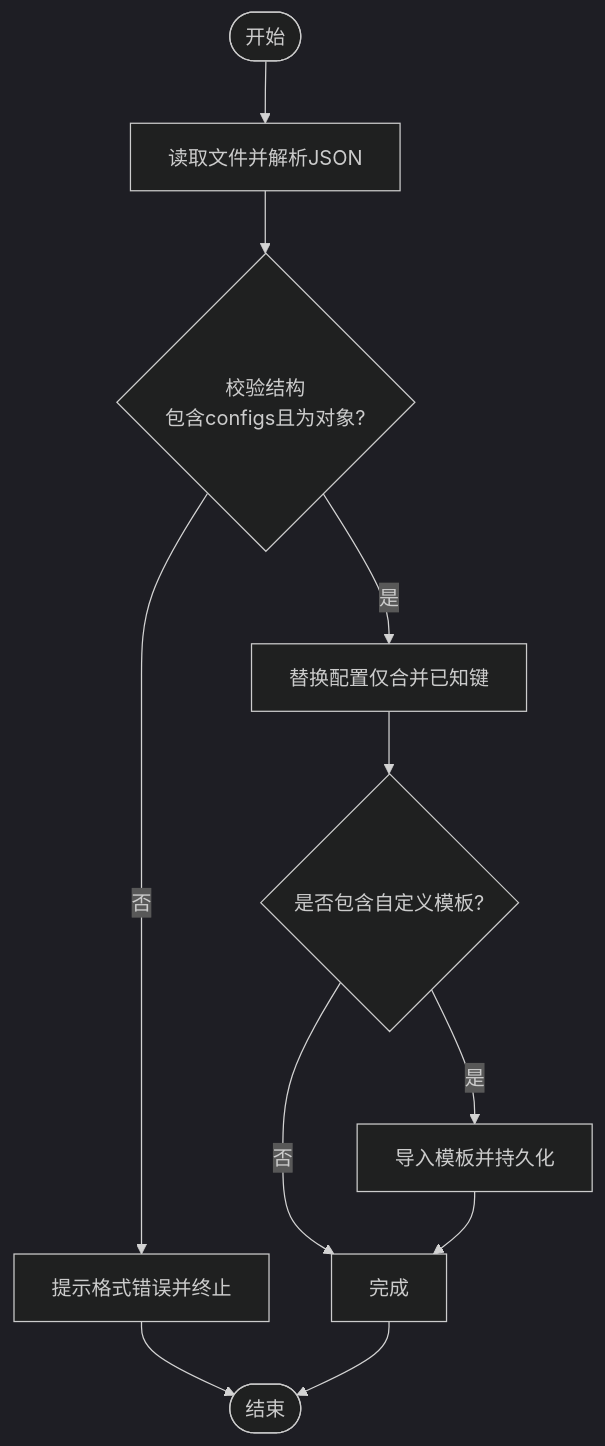
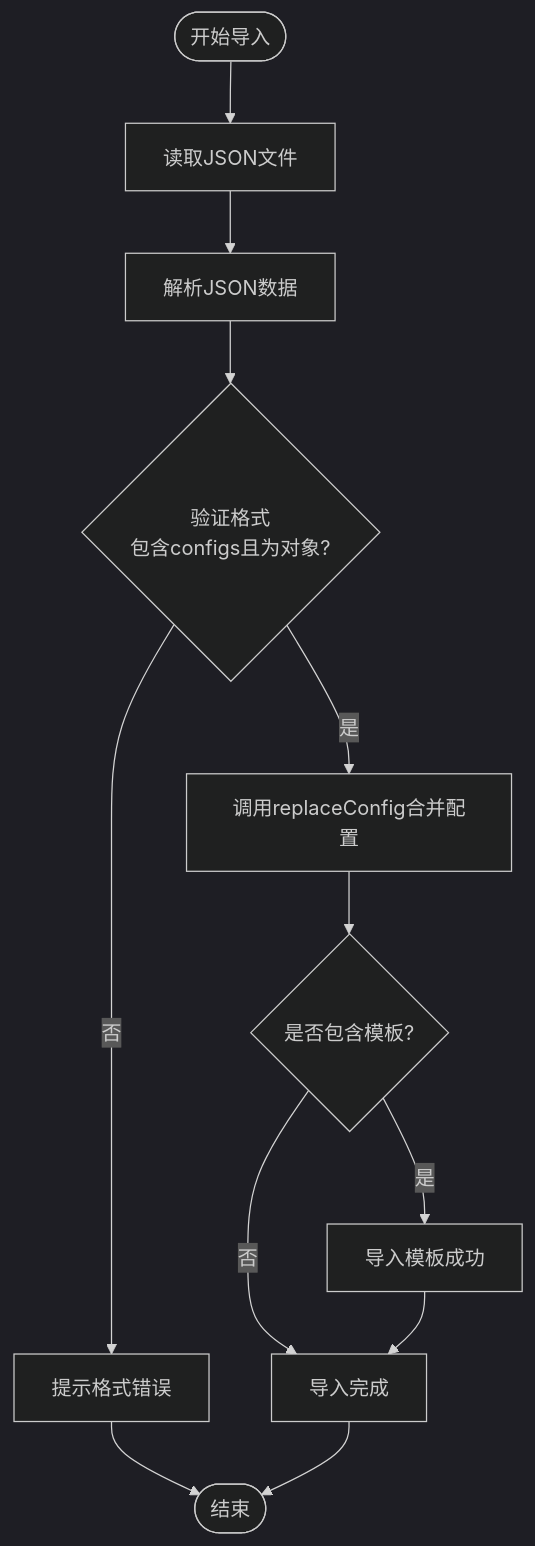
One commit to kqcoxn/MaaPipelineEditor changed the fourth of 8 diagrams in .qoder/repowiki/zh/content/用户界面/面板系统/配置面板/配置管理区域.md. Above: the diagram before and after it, drawn with Mermaid (dark theme). The commit also changed other lines of this file and 50 other files, not shown here.

````diff
--- a/.qoder/repowiki/zh/content/用户界面/面板系统/配置面板/配置管理区域.md
+++ b/.qoder/repowiki/zh/content/用户界面/面板系统/配置面板/配置管理区域.md
@@ -154,13 +197,14 @@
 ```mermaid
 flowchart TD
-Start(["开始"]) --> Read["读取文件并解析JSON"]
-Read --> Validate{"校验结构<br/>包含configs且为对象?"}
-Validate --> |否| Err["提示格式错误并终止"]
-Validate --> |是| Replace["替换配置仅合并已知键"]
-Replace --> Templates{"是否包含自定义模板?"}
-Templates --> |是| ImportT["导入模板并持久化"]
-Templates --> |否| Done["完成"]
-ImportT --> Done
-Err --> End(["结束"])
-Done --> End
+Start(["开始导入"]) --> ReadFile["读取JSON文件"]
+ReadFile --> ParseJSON["解析JSON数据"]
+ParseJSON --> ValidateFormat{"验证格式<br/>包含configs且为对象?"}
+ValidateFormat --> |否| Error["提示格式错误"]
+ValidateFormat --> |是| ReplaceConfig["调用replaceConfig合并配置"]
+ReplaceConfig --> ImportTemplates{"是否包含模板?"}
+ImportTemplates --> |是| ImportSuccess["导入模板成功"]
+ImportTemplates --> |否| Success["导入完成"]
+ImportSuccess --> Success
+Error --> End(["结束"])
+Success --> End
 ```
````
